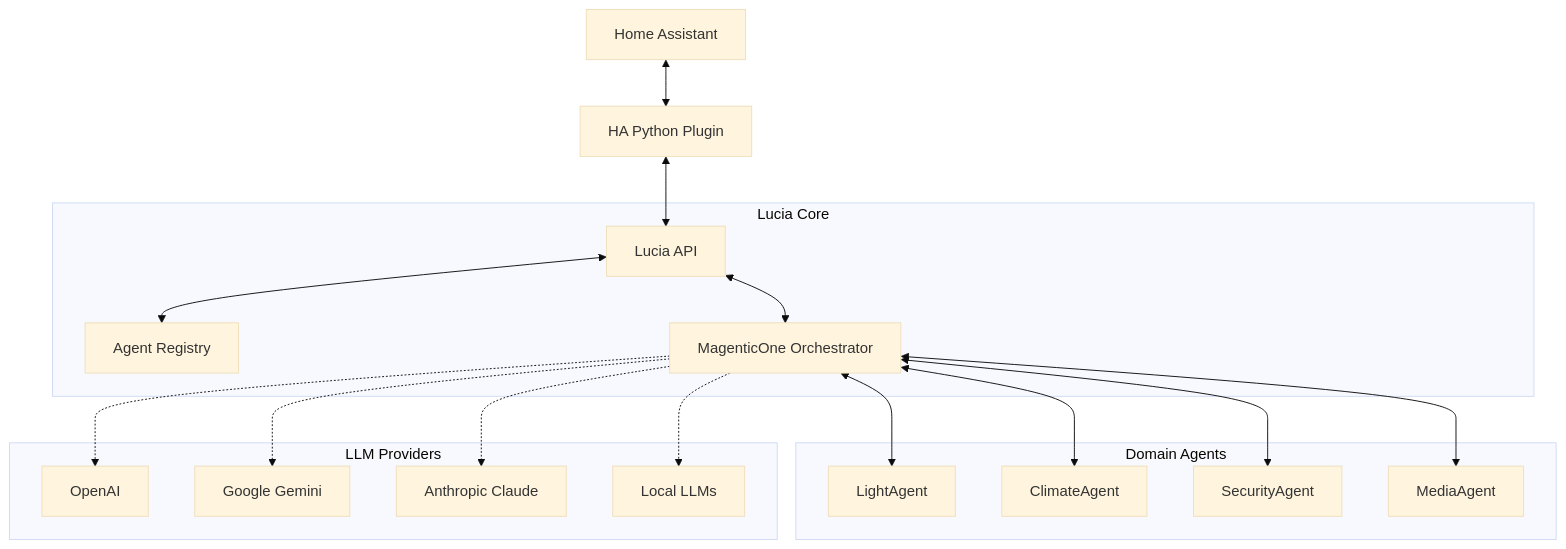
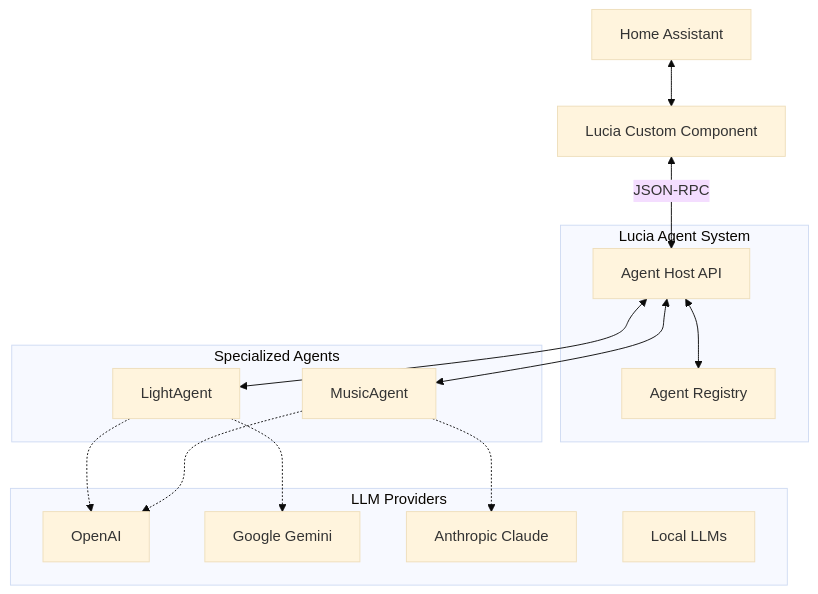
One commit to seiggy/lucia-dotnet changed the diagram in README.md. Above: the diagram before and after it, drawn with Mermaid (base theme). The commit also changed other lines of this file and 6 other files, not shown here.

````diff
--- a/README.md
+++ b/README.md
@@ -63,36 +100,30 @@
 ```mermaid
 graph TB
-    HA[Home Assistant] <--> HP[HA Python Plugin]
-    HP <--> API[Lucia API]
-    API <--> AR[Agent Registry]
-    API <--> MO[MagenticOne Orchestrator]
-    MO <--> LA[LightAgent]
-    MO <--> CA[ClimateAgent]
-    MO <--> SA[SecurityAgent]
-    MO <--> MA[MediaAgent]
+    HA[Home Assistant] <--> HP[Lucia Custom Component]
+    HP <-->|JSON-RPC| AH[Agent Host API]
+    AH <--> AR[Agent Registry]
+    AH <--> LA[LightAgent]
+    AH <--> MA[MusicAgent]
     
-    subgraph "Lucia Core"
-        API
+    subgraph "Lucia Agent System"
+        AH
         AR
-        MO
     end
     
-    subgraph "Domain Agents"
+    subgraph "Specialized Agents"
         LA
-        CA
-        SA
         MA
     end
     
     subgraph "LLM Providers"
         OpenAI
         Gemini[Google Gemini]
         Claude[Anthropic Claude]
         Local[Local LLMs]
     end
     
-    MO -.-> OpenAI
-    MO -.-> Gemini
-    MO -.-> Claude
-    MO -.-> Local
+    LA -.-> OpenAI
+    MA -.-> OpenAI
+    LA -.-> Gemini
+    MA -.-> Claude
 ```
````
